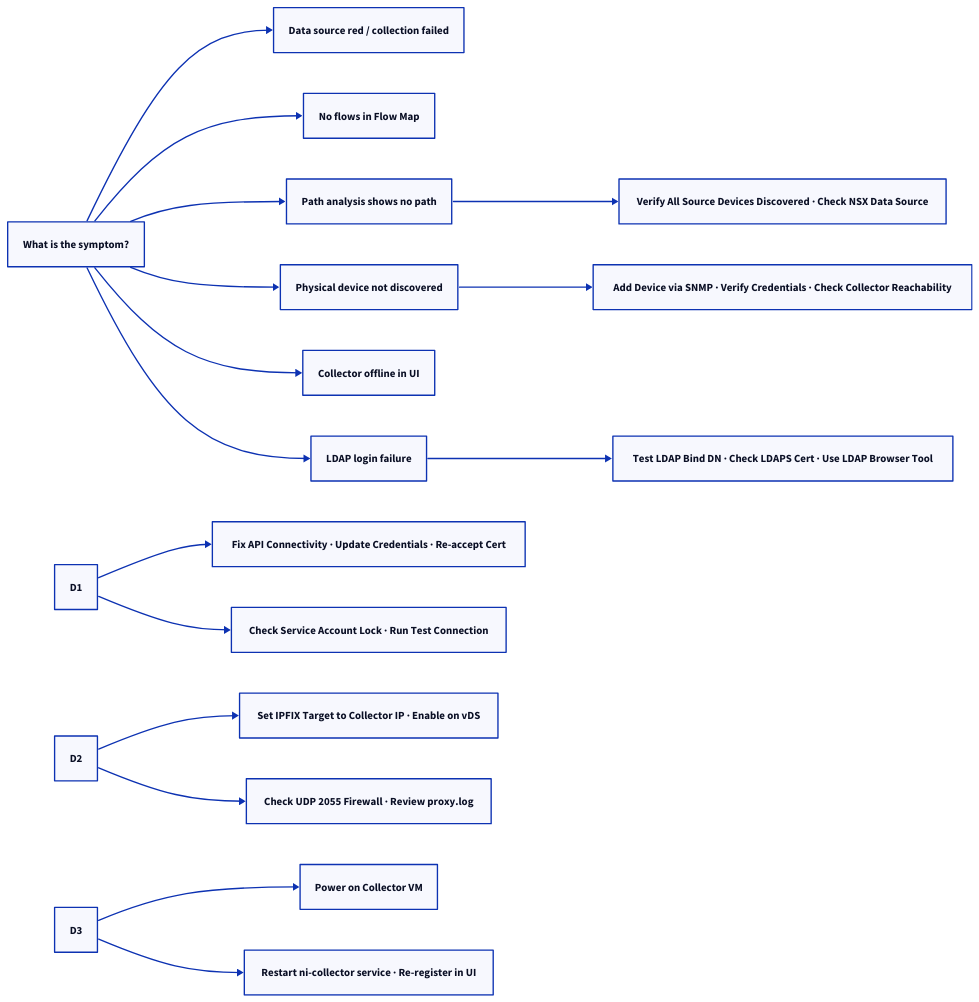
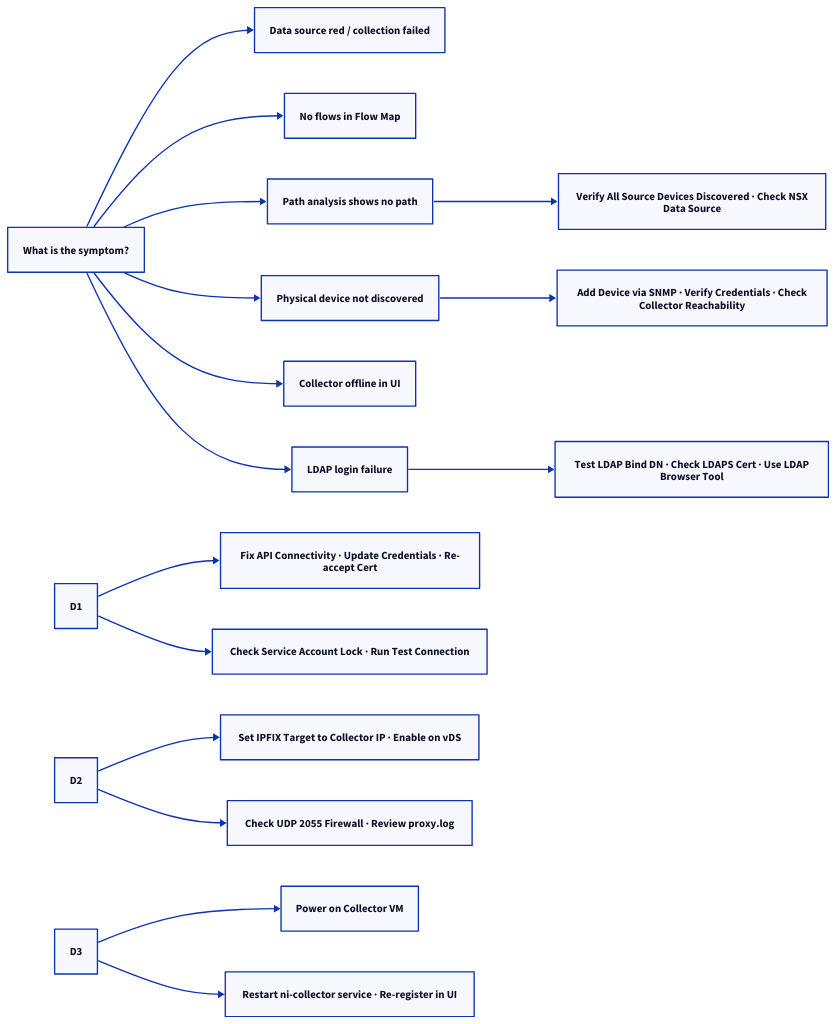
One commit to canast01/chris-kb changed the second of 2 diagrams in docs/virtualization/vmware/aria-operations-for-networks/troubleshooting/common-issues.md. Above: the diagram before and after it, drawn with D2. The commit also changed 192 other files, not shown here.

````diff
--- a/docs/virtualization/vmware/aria-operations-for-networks/troubleshooting/common-issues.md
+++ b/docs/virtualization/vmware/aria-operations-for-networks/troubleshooting/common-issues.md
@@ -46,39 +46,39 @@
 ```d2
 direction: right
 
 S: "What is the symptom?" {shape: rectangle}
 B1: "Data source red / collection failed" {shape: rectangle}
 B2: "No flows in Flow Map" {shape: rectangle}
 B3: "Path analysis shows no path" {shape: rectangle}
 B4: "Physical device not discovered" {shape: rectangle}
 B5: "Collector offline in UI" {shape: rectangle}
 B6: "LDAP login failure" {shape: rectangle}
 D1: "D1" {shape: rectangle}
-R1: "Fix API Connectivity · Update Credentials · Re-accept Cert" {shape: rectangle}
+R1: "Fix API Connectivity · Update Credentials · Re-\naccept Cert" {shape: rectangle}
 R2: "Check Service Account Lock · Run Test Connection" {shape: rectangle}
 D2: "D2" {shape: rectangle}
 R3: "Set IPFIX Target to Collector IP · Enable on vDS" {shape: rectangle}
 R4: "Check UDP 2055 Firewall · Review proxy.log" {shape: rectangle}
-R5: "Verify All Source Devices Discovered · Check NSX Data Source" {shape: rectangle}
-R6: "Add Device via SNMP · Verify Credentials · Check Collector Reachability" {shape: rectangle}
+R5: "Verify All Source Devices Discovered · Check NSX\nData Source" {shape: rectangle}
+R6: "Add Device via SNMP · Verify Credentials · Check\nCollector Reachability" {shape: rectangle}
 D3: "D3" {shape: rectangle}
 R7: "Power on Collector VM" {shape: rectangle}
 R8: "Restart ni-collector service · Re-register in UI" {shape: rectangle}
-R9: "Test LDAP Bind DN · Check LDAPS Cert · Use LDAP Browser Tool" {shape: rectangle}
+R9: "Test LDAP Bind DN · Check LDAPS Cert · Use LDAP\nBrowser Tool" {shape: rectangle}
 
 S -> B1
 S -> B2
 S -> B3
 S -> B4
 S -> B5
 S -> B6
 D1 -> R1
 D1 -> R2
 D2 -> R3
 D2 -> R4
 B3 -> R5
 B4 -> R6
 D3 -> R7
 D3 -> R8
 B6 -> R9
 ```
````
